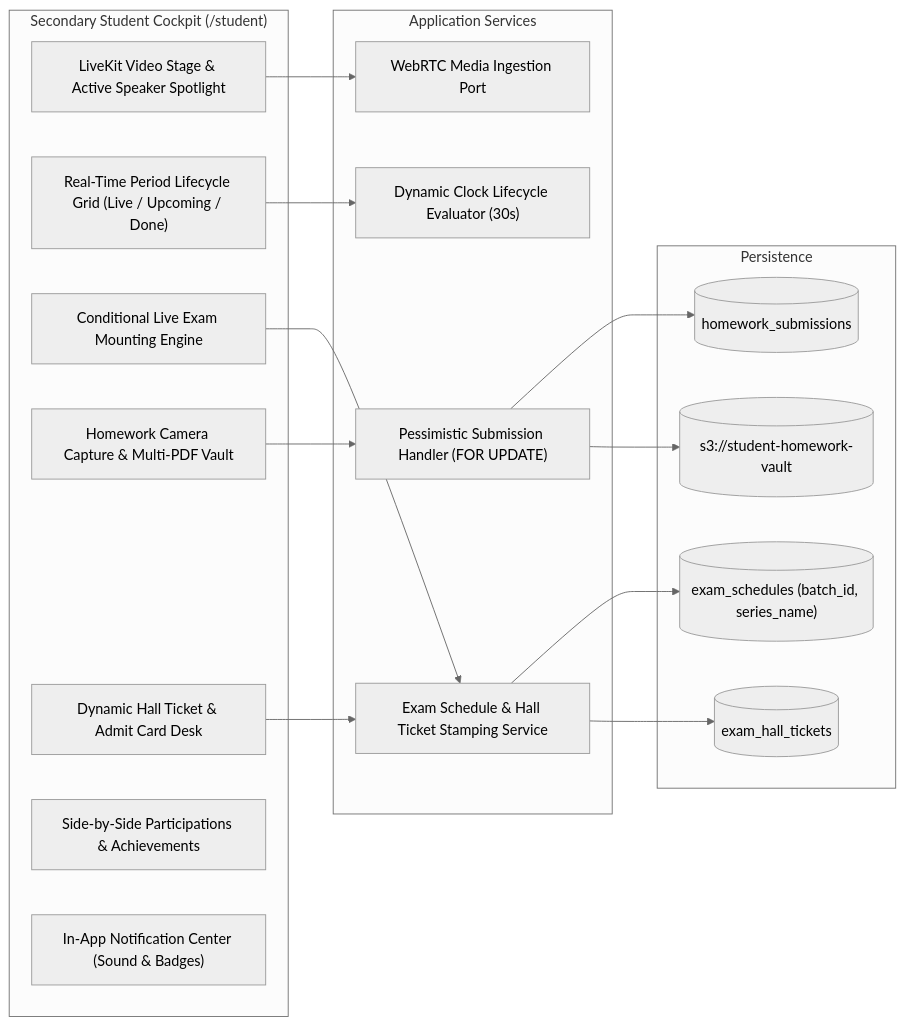
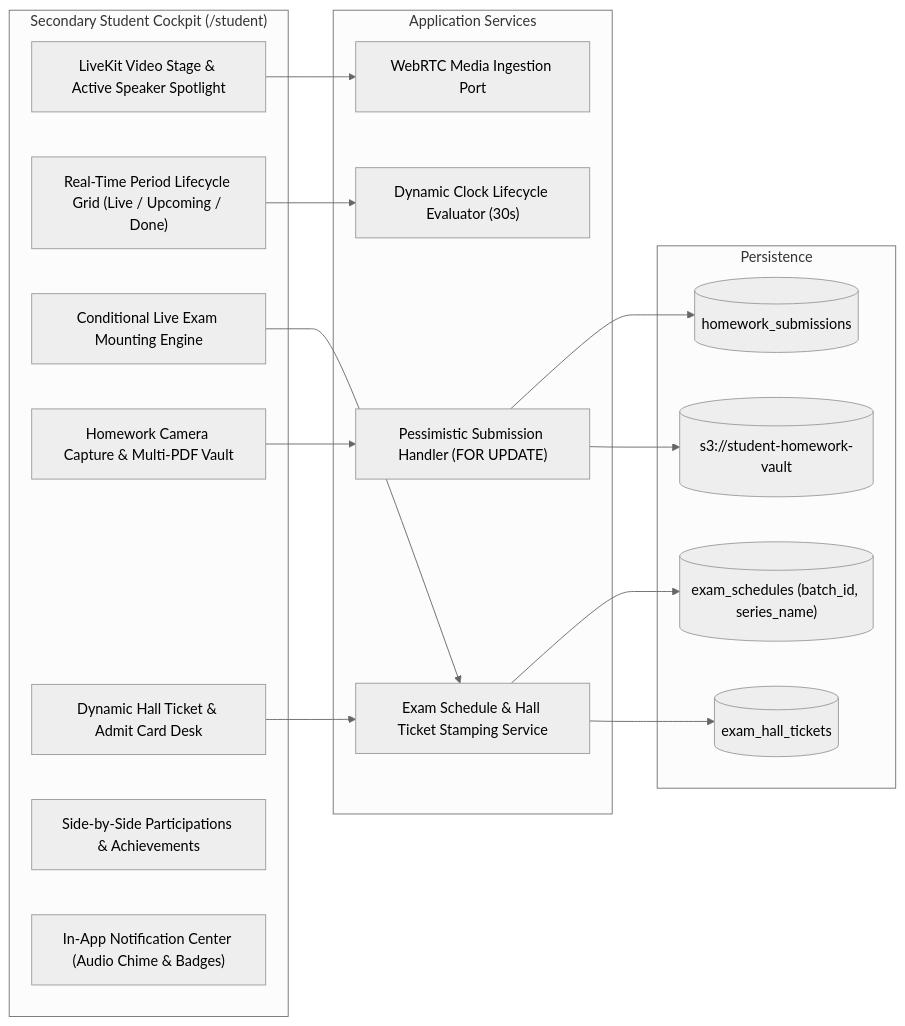
One commit to DiradzProducts/EDU360 changed the fifth of 19 diagrams in docs/architecture/ROLE_WISE_ARCHITECTURE_AND_WORKFLOWS.md. Above: the diagram before and after it, drawn with Mermaid (neutral theme). The commit also changed other lines of this file and 67 other files, not shown here.

````diff
--- a/docs/architecture/ROLE_WISE_ARCHITECTURE_AND_WORKFLOWS.md
+++ b/docs/architecture/ROLE_WISE_ARCHITECTURE_AND_WORKFLOWS.md
@@ -223,33 +236,33 @@
 ```mermaid
 graph LR
     subgraph StudentUI ["Secondary Student Cockpit (/student)"]
         UI_STAGE["LiveKit Video Stage & Active Speaker Spotlight"]
         UI_DYNAMIC_PERIODS["Real-Time Period Lifecycle Grid (Live / Upcoming / Done)"]
         UI_COND_EXAM["Conditional Live Exam Mounting Engine"]
         UI_VAULT["Homework Camera Capture & Multi-PDF Vault"]
         UI_HALL["Dynamic Hall Ticket & Admit Card Desk"]
         UI_PORTFOLIO["Side-by-Side Participations & Achievements"]
-        UI_NOTIF["In-App Notification Center (Sound & Badges)"]
+        UI_NOTIF["In-App Notification Center (Audio Chime & Badges)"]
     end
 
     subgraph StudentPorts ["Application Services"]
         MEDIA_CONSUMER["WebRTC Media Ingestion Port"]
         TIMETABLE_TICKER["Dynamic Clock Lifecycle Evaluator (30s)"]
         VAULT_LOCKER["Pessimistic Submission Handler (FOR UPDATE)"]
         EXAM_DISPATCHER["Exam Schedule & Hall Ticket Stamping Service"]
     end
 
     subgraph StudentStorage ["Persistence"]
         DB_STU_SUB[("homework_submissions")]
         DB_EXAM_SCHED[("exam_schedules (batch_id, series_name)")]
         DB_HALL_TICKETS[("exam_hall_tickets")]
         S3_HOMEWORK[("s3://student-homework-vault")]
     end
 
     UI_STAGE --> MEDIA_CONSUMER
     UI_DYNAMIC_PERIODS --> TIMETABLE_TICKER
     UI_COND_EXAM --> EXAM_DISPATCHER --> DB_EXAM_SCHED
     UI_VAULT --> VAULT_LOCKER --> DB_STU_SUB
     VAULT_LOCKER --> S3_HOMEWORK
     UI_HALL --> EXAM_DISPATCHER --> DB_HALL_TICKETS
 ```
````
